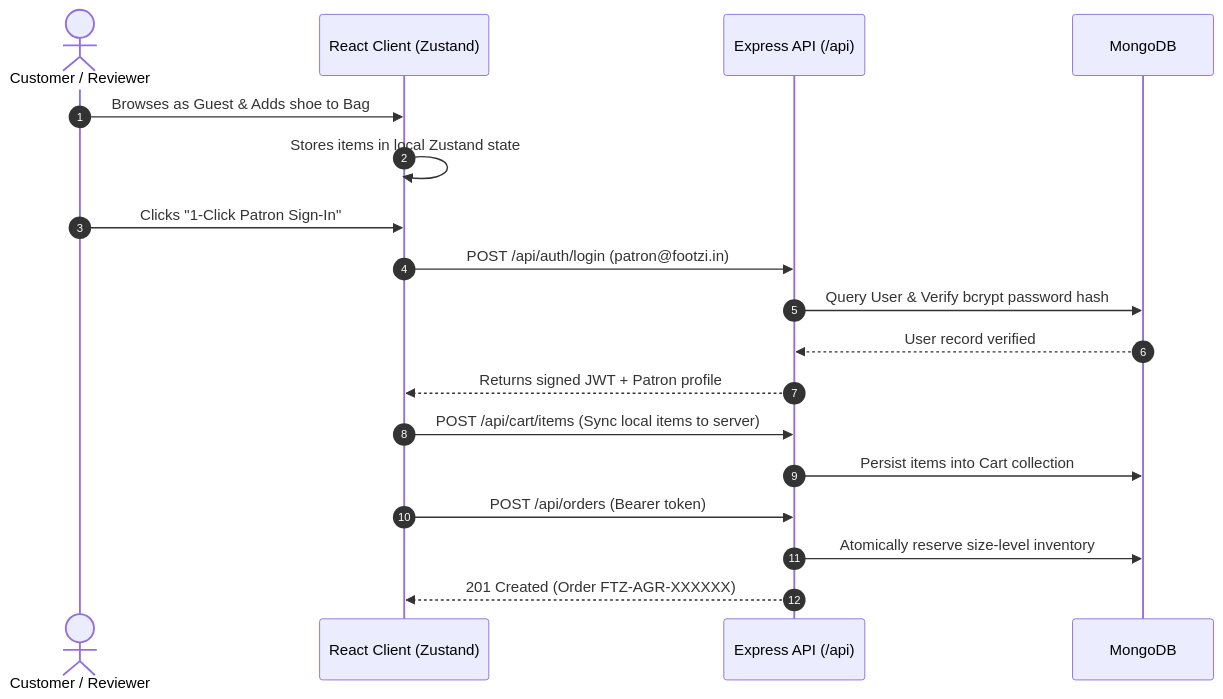
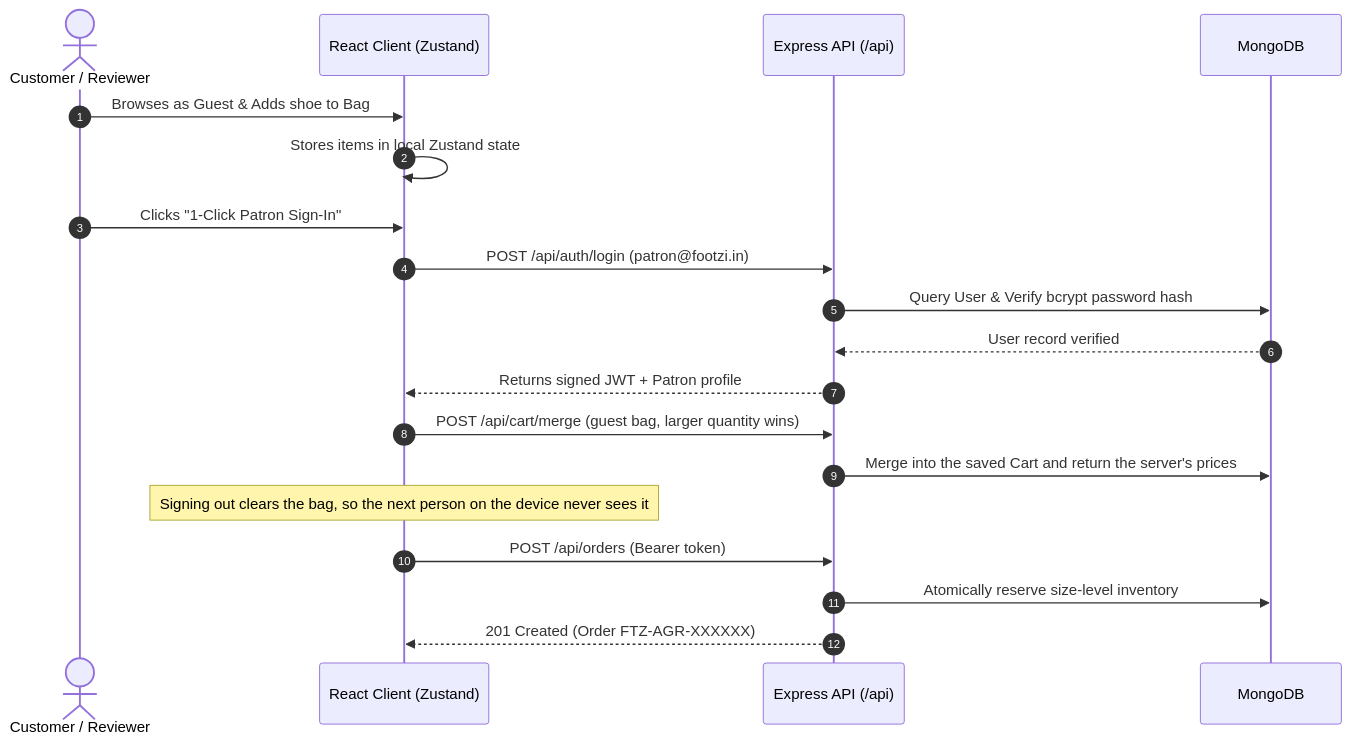
The third of 3 diagrams in README.md (zero1cee/footzi), drawn with Mermaid before and after one commit. The commit also changed other lines of this file and 13 other files, not shown here.

````diff
--- a/README.md
+++ b/README.md
@@ -146,21 +135,22 @@
 ```mermaid
 sequenceDiagram
     autonumber
     actor Patron as Customer / Reviewer
     participant Client as React Client (Zustand)
     participant API as Express API (/api)
     participant DB as MongoDB
 
     Patron->>Client: Browses as Guest & Adds shoe to Bag
     Client->>Client: Stores items in local Zustand state
     Patron->>Client: Clicks "1-Click Patron Sign-In"
     Client->>API: POST /api/auth/login (patron@footzi.in)
     API->>DB: Query User & Verify bcrypt password hash
     DB-->>API: User record verified
     API-->>Client: Returns signed JWT + Patron profile
-    Client->>API: POST /api/cart/items (Sync local items to server)
-    API->>DB: Persist items into Cart collection
+    Client->>API: POST /api/cart/merge (guest bag, larger quantity wins)
+    API->>DB: Merge into the saved Cart and return the server's prices
+    Note over Client: Signing out clears the bag, so the next person on the device never sees it
     Client->>API: POST /api/orders (Bearer token)
     API->>DB: Atomically reserve size-level inventory
     API-->>Client: 201 Created (Order FTZ-AGR-XXXXXX)
 ```
````
